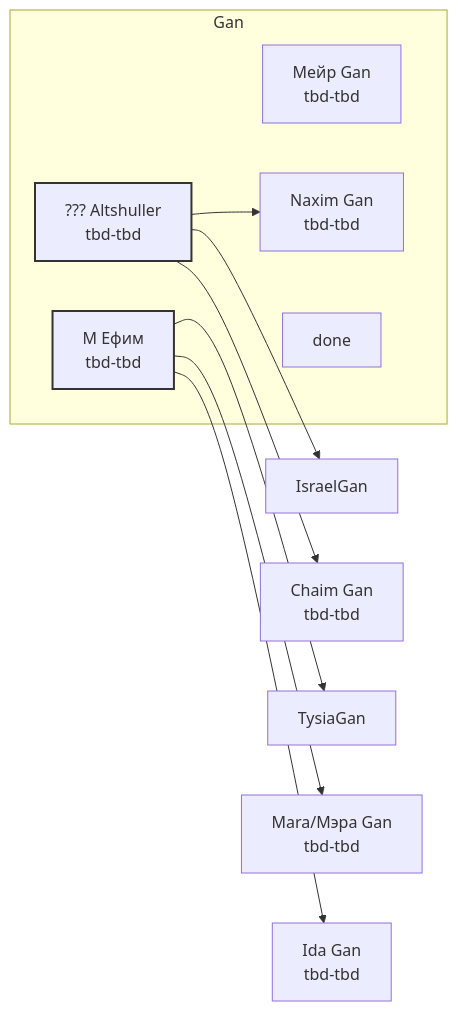
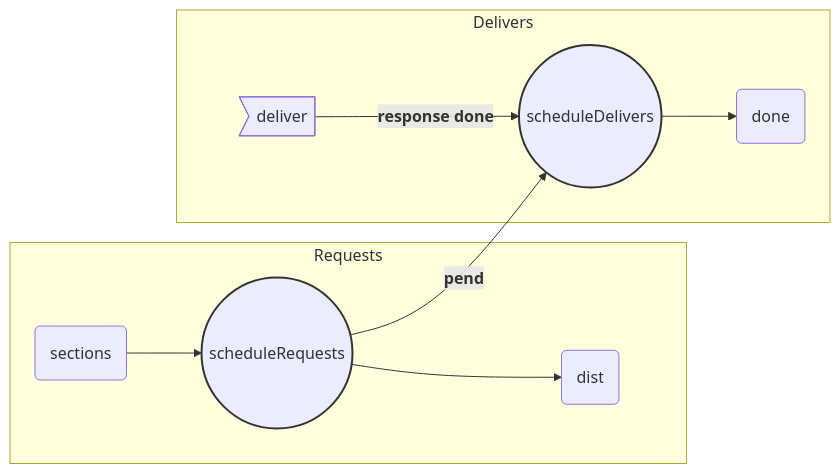
The diagram in core-bloombits-analysis.md (agiletechvn/go-ethereum-code-analysis), drawn with Mermaid before and after one commit.

Commit message:
update subgraph for core-bloombits

````diff
--- a/core-bloombits-analysis.md
+++ b/core-bloombits-analysis.md
@@ -97,24 +97,23 @@
 ```mermaid
 graph LR
 
-subgraph Gan
-    IsraelsFatherGan[Mейр Gan <br>tbd-tbd]
-    IsraelsFathersWife[??? Altshuller <br>tbd-tbd]
+subgraph Requests
+	id1(sections)
+	id2((scheduleRequests))
+	dist(dist)
 end
-IsraelsFathersWife --> IsraelGan
-IsraelsFathersWife --> NaximGan[Naxim Gan<br>tbd-tbd]
-IsraelsFathersWife --> ChaimGan[Chaim Gan<br>tbd-tbd]
+id1 --> id2
+id2 --> dist
 
-subgraph Gan
-    NaximGan[Naxim Gan<br>tbd-tbd]
-    NaximGanWife[M Ефим<br>tbd-tbd]
-		done
+subgraph Delivers
+	id3((scheduleDelivers))
+	id4>deliver]
+	done(done)
 end
-NaximGanWife --> TysiaGan
-NaximGanWife --> MaraGan[Mara/Мэра Gan<br>tbd-tbd]
-NaximGanWife --> IdaGan[Ida Gan<br>tbd-tbd]
+id2 --<b>pend</b>--> id3
+id4 --<b>response done</b>--> id3
+id3 --> done
 
-
-style NaximGanWife stroke: #333, stroke-width:2px;
-style IsraelsFathersWife stroke: #333, stroke-width:2px;
+style id2 stroke: #333, stroke-width:2px;
+style id3 stroke: #333, stroke-width:2px;
 ```
````
